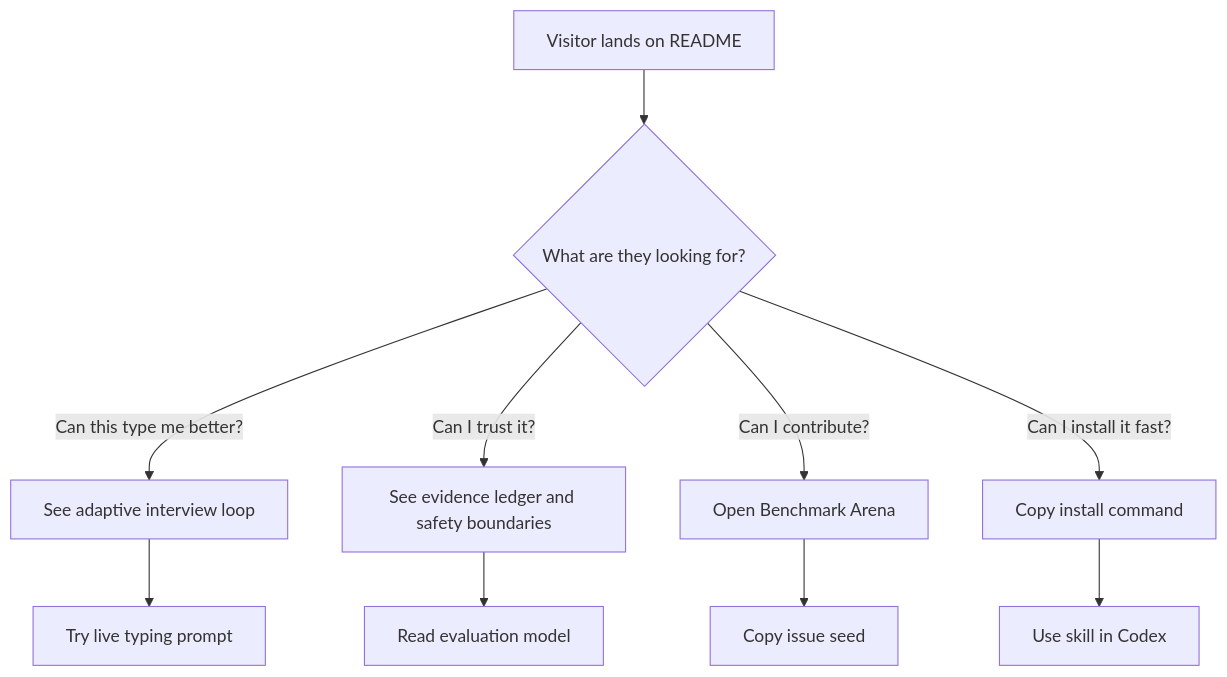
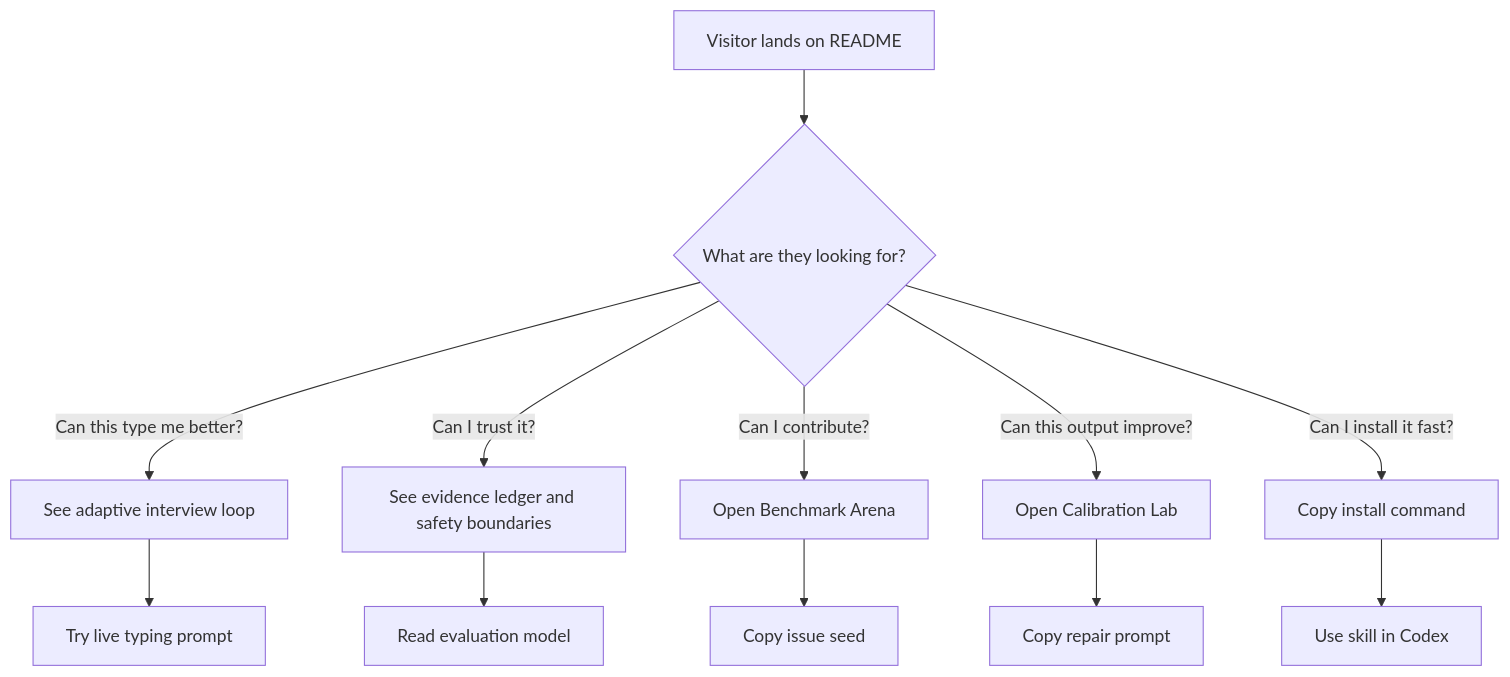
Before and after one commit to Zaoqu-Liu/mbti-typing-skill: the diagram in docs/github-ux.md, drawn with Mermaid. The commit also changed other lines of this file and 18 other files, not shown here.

Commit message:
Add calibration lab feedback loop

````diff
--- a/docs/github-ux.md
+++ b/docs/github-ux.md
@@ -31,12 +32,14 @@
 ```mermaid
 flowchart TD
     A[Visitor lands on README] --> B{What are they looking for?}
     B -->|Can this type me better?| C[See adaptive interview loop]
     B -->|Can I trust it?| D[See evidence ledger and safety boundaries]
     B -->|Can I contribute?| E[Open Benchmark Arena]
+    B -->|Can this output improve?| K[Open Calibration Lab]
     B -->|Can I install it fast?| F[Copy install command]
     C --> G[Try live typing prompt]
     D --> H[Read evaluation model]
     E --> I[Copy issue seed]
+    K --> L[Copy repair prompt]
     F --> J[Use skill in Codex]
 ```
````
